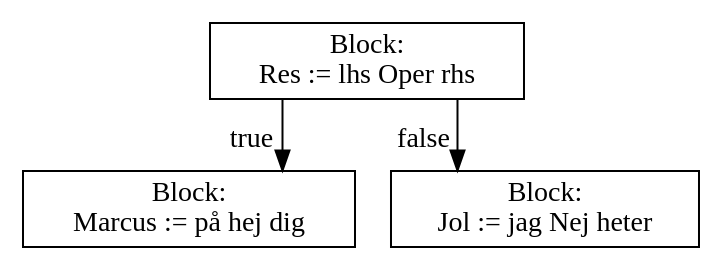
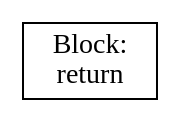
The diagram in lab3/CFG-tree.dot (moondog-matthew/compiler-dv1655), drawn with Graphviz before and after one commit. The commit also changed 5 other files, not shown here.

```diff
--- a/lab3/CFG-tree.dot
+++ b/lab3/CFG-tree.dot
@@ -1,12 +1,6 @@
 digraph {
 graph [ splines = ortho ]
 	node [ shape = box ];
 block_0 [label="Block:
-Res := lhs Oper rhs"];
-block_1 [label="Block:
-Marcus := på hej dig"];
-block_0 -> block_1 [xlabel = "true"]
-block_2 [label="Block:
-Jol := jag Nej heter"];
-block_0 -> block_2 [xlabel = "false"]
+return "];
 }
```
